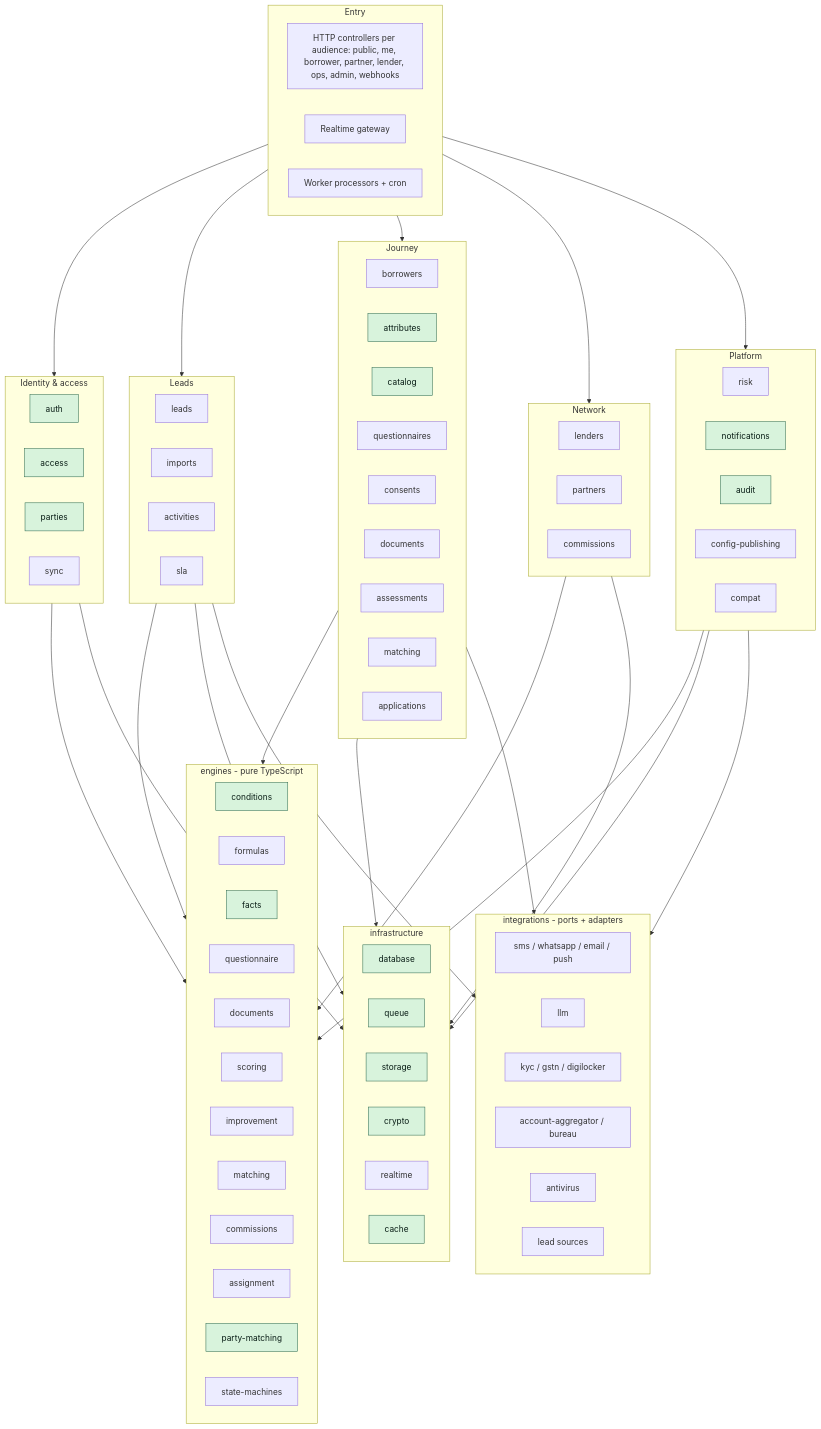
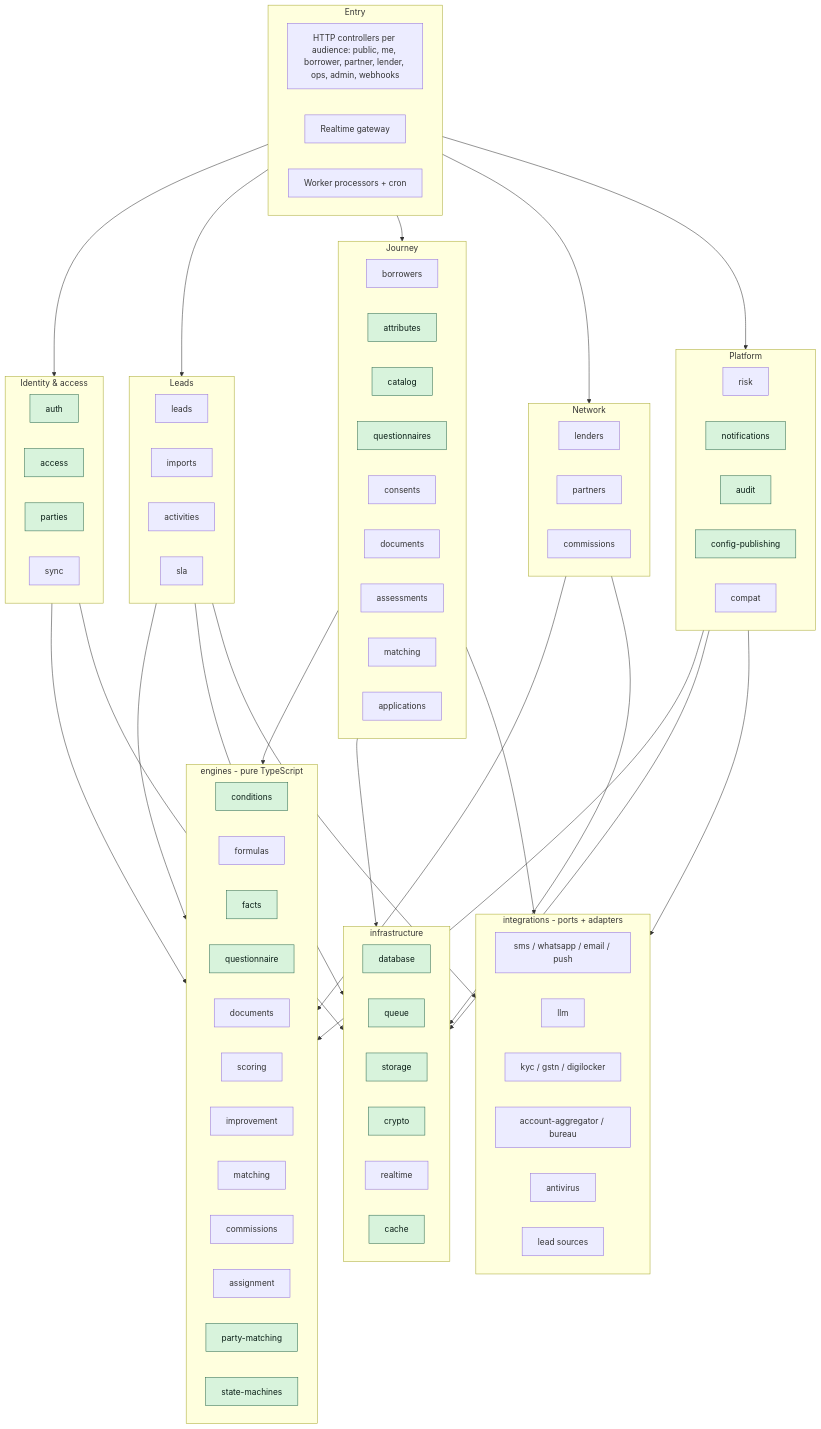
The second of 13 diagrams in docs/ARCHITECTURE.md (Shaikhfaruk/fundenflo), drawn with Mermaid before and after one commit. The commit also changed other lines of this file and 100 other files, not shown here.

````diff
--- a/docs/ARCHITECTURE.md
+++ b/docs/ARCHITECTURE.md
@@ -157,5 +157,5 @@
   LeadsGroup --> Ports
   Platform --> Ports
   classDef built fill:#d8f3dc,stroke:#2d6a4f,color:#081c15
-  class auth,access,parties,catalog,attributes,notifications,audit,conditions,facts,partyMatching,database,queue,storage,crypto,cache built
+  class auth,access,parties,catalog,attributes,questionnaires,notifications,audit,configPublishing,conditions,facts,questionnaire,partyMatching,stateMachines,database,queue,storage,crypto,cache built
 ```
````
